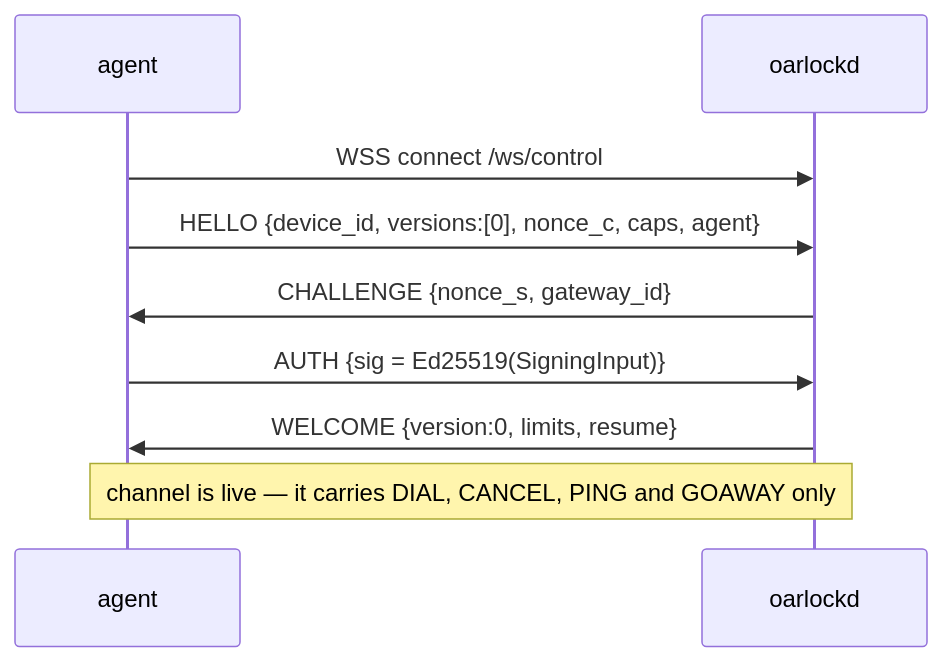
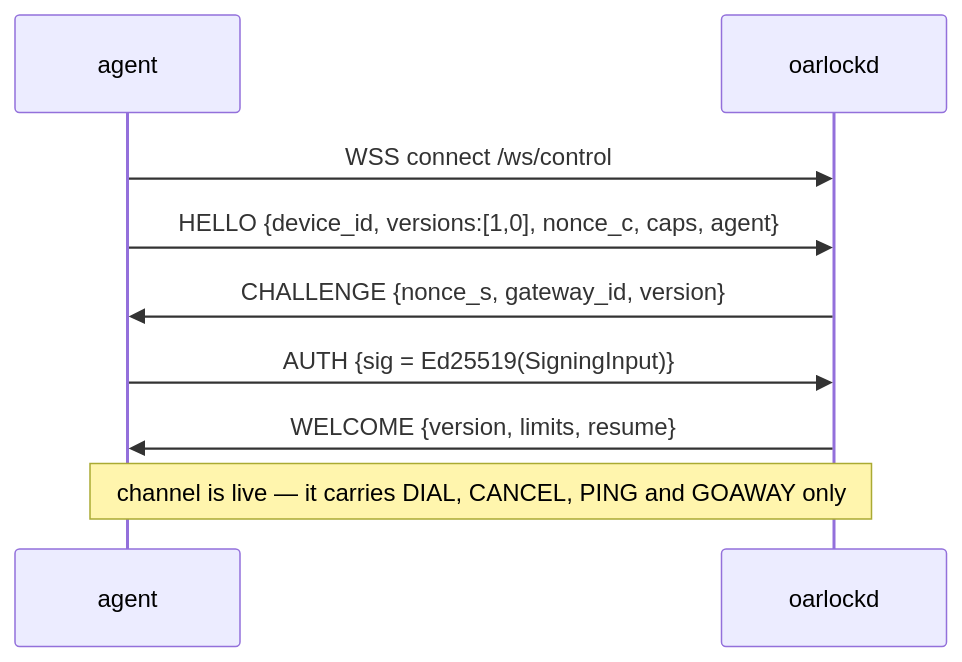
Before and after one commit to thanhphuchuynh/oarlock: the diagram in docs/protocol.md, drawn with Mermaid. The commit also changed other lines of this file and 16 other files, not shown here.

````diff
--- a/docs/protocol.md
+++ b/docs/protocol.md
@@ -120,11 +120,11 @@
 ```mermaid
 sequenceDiagram
     participant A as agent
     participant G as oarlockd
     A->>G: WSS connect  /ws/control
-    A->>G: HELLO {device_id, versions:[0], nonce_c, caps, agent}
-    G->>A: CHALLENGE {nonce_s, gateway_id}
+    A->>G: HELLO {device_id, versions:[1,0], nonce_c, caps, agent}
+    G->>A: CHALLENGE {nonce_s, gateway_id, version}
     A->>G: AUTH {sig = Ed25519(SigningInput)}
-    G->>A: WELCOME {version:0, limits, resume}
+    G->>A: WELCOME {version, limits, resume}
     Note over A,G: channel is live — it carries DIAL, CANCEL, PING and GOAWAY only
 ```
````
